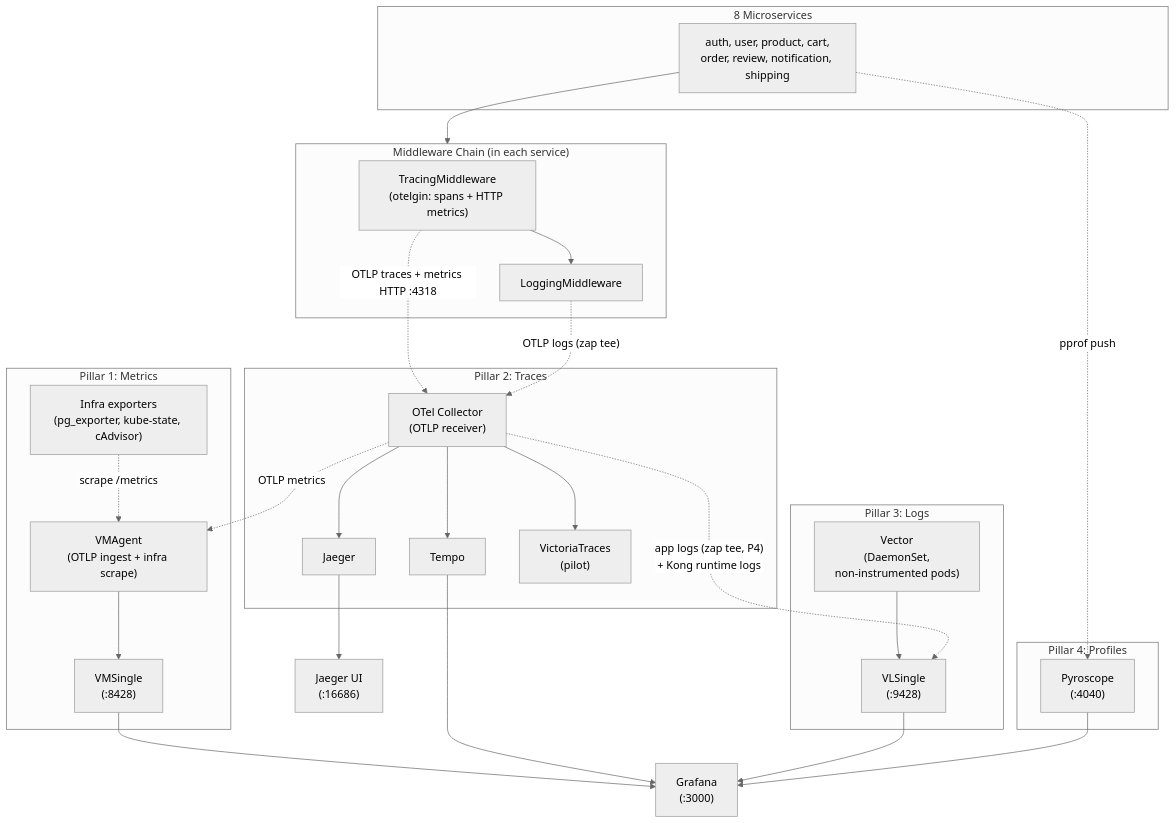
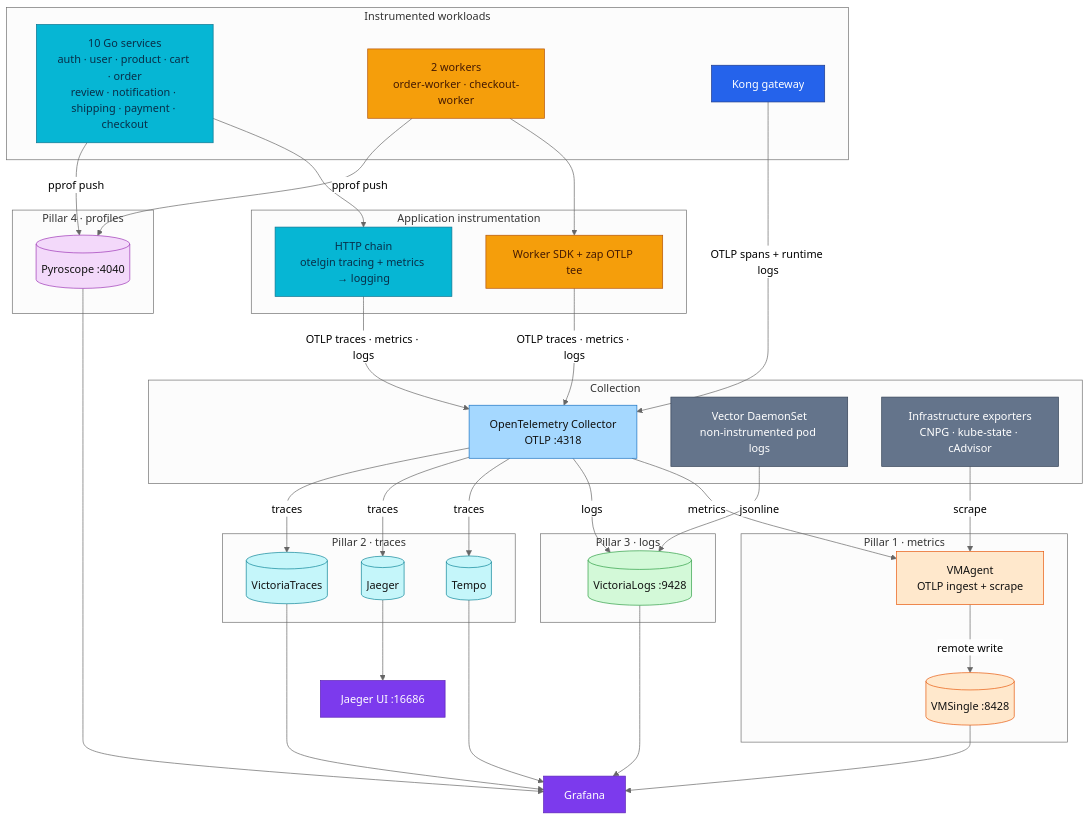
Before and after one commit to duynhlab/homelab: the third of 7 diagrams in docs/observability/runbooks/observability-deep-dive.md, drawn with Mermaid (neutral theme). The commit also changed other lines of this file and 33 other files, not shown here.

First line of the commit message:
Refresh observability diagrams (#516)

````diff
--- a/docs/observability/runbooks/observability-deep-dive.md
+++ b/docs/observability/runbooks/observability-deep-dive.md
@@ -175,42 +185,79 @@
 ```mermaid
 flowchart TD
-    subgraph apps ["8 Microservices"]
-        S["auth, user, product, cart,\norder, review, notification, shipping"]
+    subgraph workloads["Instrumented workloads"]
+        services["10 Go services<br/>auth · user · product · cart · order<br/>review · notification · shipping · payment · checkout"]
+        workers["2 workers<br/>order-worker · checkout-worker"]
+        kong["Kong gateway"]
     end
 
-    subgraph middleware ["Middleware Chain (in each service)"]
-        M1["TracingMiddleware\n(otelgin: spans + HTTP metrics)"] --> M2["LoggingMiddleware"]
+    subgraph instrumentation["Application instrumentation"]
+        http["HTTP chain<br/>otelgin tracing + metrics → logging"]
+        workerObs["Worker SDK + zap OTLP tee"]
     end
 
-    subgraph metrics ["Pillar 1: Metrics"]
-        VMAgent["VMAgent\n(OTLP ingest + infra scrape)"] --> VMSingle["VMSingle\n(:8428)"]
-        Infra["Infra exporters\n(pg_exporter, kube-state, cAdvisor)"] -.->|"scrape /metrics"| VMAgent
+    subgraph collection["Collection"]
+        otel["OpenTelemetry Collector<br/>OTLP :4318"]
+        vector["Vector DaemonSet<br/>non-instrumented pod logs"]
+        infra["Infrastructure exporters<br/>CNPG · kube-state · cAdvisor"]
     end
 
-    subgraph traces ["Pillar 2: Traces"]
-        OTel["OTel Collector\n(OTLP receiver)"] --> Tempo["Tempo"]
-        OTel --> Jaeger["Jaeger"]
-        OTel --> VT["VictoriaTraces\n(pilot)"]
+    subgraph metrics["Pillar 1 · metrics"]
+        vmAgent["VMAgent<br/>OTLP ingest + scrape"]
+        vmSingle[("VMSingle :8428")]
     end
 
-    subgraph logs ["Pillar 3: Logs"]
-        Vector["Vector\n(DaemonSet,\nnon-instrumented pods)"] --> VLSingle["VLSingle\n(:9428)"]
-    end
-    OTel -.->|"app logs (zap tee, P4)\n+ Kong runtime logs"| VLSingle
-
-    subgraph profiles ["Pillar 4: Profiles"]
-        Pyroscope["Pyroscope\n(:4040)"]
+    subgraph traces["Pillar 2 · traces"]
+        tempo[("Tempo")]
+        jaeger[("Jaeger")]
+        victoriaTraces[("VictoriaTraces")]
     end
 
-    S --> middleware
-    M1 -.->|"OTLP traces + metrics HTTP :4318"| OTel
-    M2 -.->|"OTLP logs (zap tee)"| OTel
-    S -.->|"pprof push"| Pyroscope
-    OTel -.->|"OTLP metrics"| VMAgent
+    subgraph logs["Pillar 3 · logs"]
+        victoriaLogs[("VictoriaLogs :9428")]
+    end
 
-    VMSingle --> Grafana["Grafana\n(:3000)"]
-    Tempo --> Grafana
-    VLSingle --> Grafana
-    Pyroscope --> Grafana
-    Jaeger --> JaegerUI["Jaeger UI\n(:16686)"]
+    subgraph profiles["Pillar 4 · profiles"]
+        pyroscope[("Pyroscope :4040")]
+    end
+
+    services --> http -->|"OTLP traces · metrics · logs"| otel
+    workers --> workerObs -->|"OTLP traces · metrics · logs"| otel
+    kong -->|"OTLP spans + runtime logs"| otel
+    infra -->|scrape| vmAgent
+    vector -->|jsonline| victoriaLogs
+    otel -->|metrics| vmAgent -->|remote write| vmSingle
+    otel -->|logs| victoriaLogs
+    otel -->|traces| tempo
+    otel -->|traces| jaeger
+    otel -->|traces| victoriaTraces
+    services -->|pprof push| pyroscope
+    workers -->|pprof push| pyroscope
+
+    vmSingle --> grafana["Grafana"]
+    tempo --> grafana
+    victoriaTraces --> grafana
+    victoriaLogs --> grafana
+    pyroscope --> grafana
+    jaeger --> jaegerUI["Jaeger UI :16686"]
+
+    classDef service fill:#06b6d4,color:#082f49,stroke:#0e7490;
+    classDef worker fill:#f59e0b,color:#451a03,stroke:#b45309;
+    classDef edge fill:#2563eb,color:#fff,stroke:#1e3a8a;
+    classDef external fill:#64748b,color:#fff,stroke:#334155;
+    classDef platform fill:#7c3aed,color:#fff,stroke:#5b21b6;
+    classDef metric fill:#ffe8cc,color:#111,stroke:#e8590c;
+    classDef log fill:#d3f9d8,color:#111,stroke:#2f9e44;
+    classDef trace fill:#c5f6fa,color:#111,stroke:#0c8599;
+    classDef profile fill:#f3d9fa,color:#111,stroke:#9c36b5;
+    classDef collector fill:#a5d8ff,color:#111,stroke:#1971c2;
+    class services,http service;
+    class workers,workerObs worker;
+    class kong edge;
+    class vector,infra external;
+    class otel collector;
+    class vmAgent,vmSingle metric;
+    class victoriaLogs log;
+    class tempo,jaeger,victoriaTraces trace;
+    class pyroscope profile;
+    class grafana,jaegerUI platform;
 ```
````
